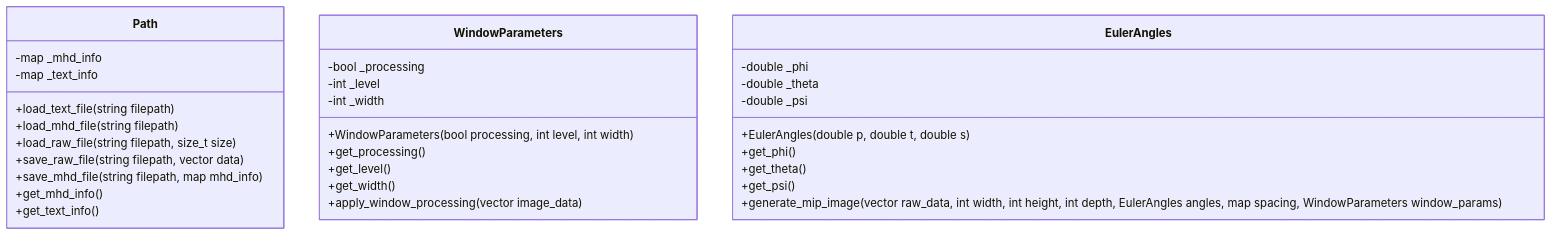
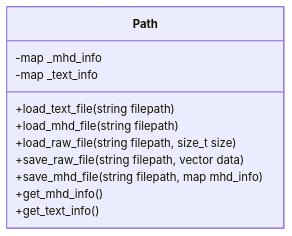
One commit to hayashichiho/SkillSemi changed the first of 3 diagrams in readme.md. Above: the diagram before and after it, drawn with Mermaid.

Commit message:
[fix]クラス図を修正

````diff
--- a/readme.md
+++ b/readme.md
@@ -55,36 +55,14 @@
 ```mermaid
 classDiagram
     class Path {
         -map<string, string> _mhd_info
         -map<string, string> _text_info
         +load_text_file(string filepath)
         +load_mhd_file(string filepath)
         +load_raw_file(string filepath, size_t size)
         +save_raw_file(string filepath, vector<uchar> data)
         +save_mhd_file(string filepath, map<string,string> mhd_info)
         +get_mhd_info()
         +get_text_info()
     }
-
-    class WindowParameters {
-        -bool _processing
-        -int _level
-        -int _width
-        +WindowParameters(bool processing, int level, int width)
-        +get_processing()
-        +get_level()
-        +get_width()
-        +apply_window_processing(vector<uchar> image_data)
-    }
-
-    class EulerAngles {
-        -double _phi
-        -double _theta
-        -double _psi
-        +EulerAngles(double p, double t, double s)
-        +get_phi()
-        +get_theta()
-        +get_psi()
-        +generate_mip_image(vector<uchar> raw_data, int width, int height, int depth, EulerAngles angles, map<string,double> spacing, WindowParameters window_params)
-    }
 ```
````
